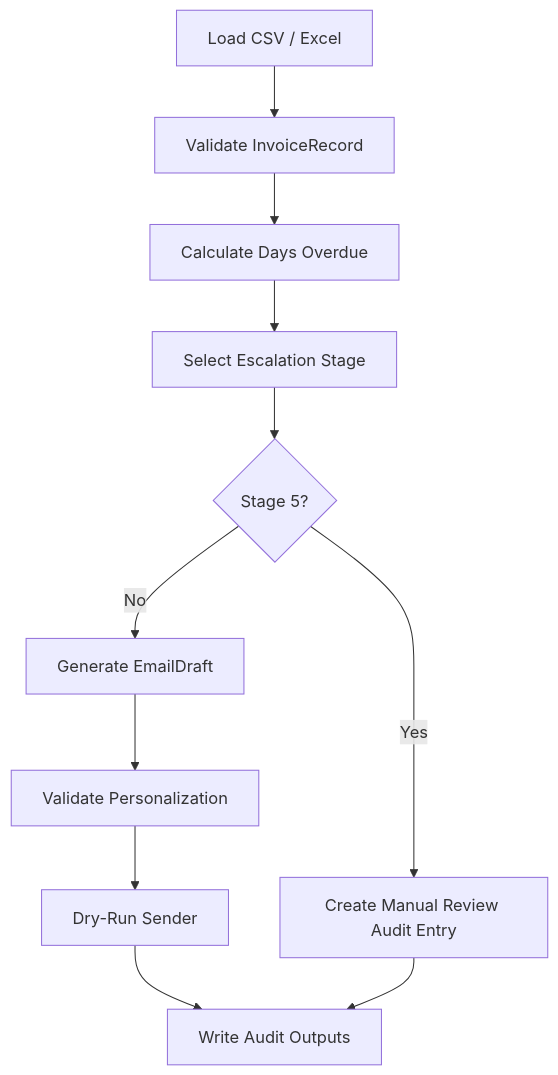
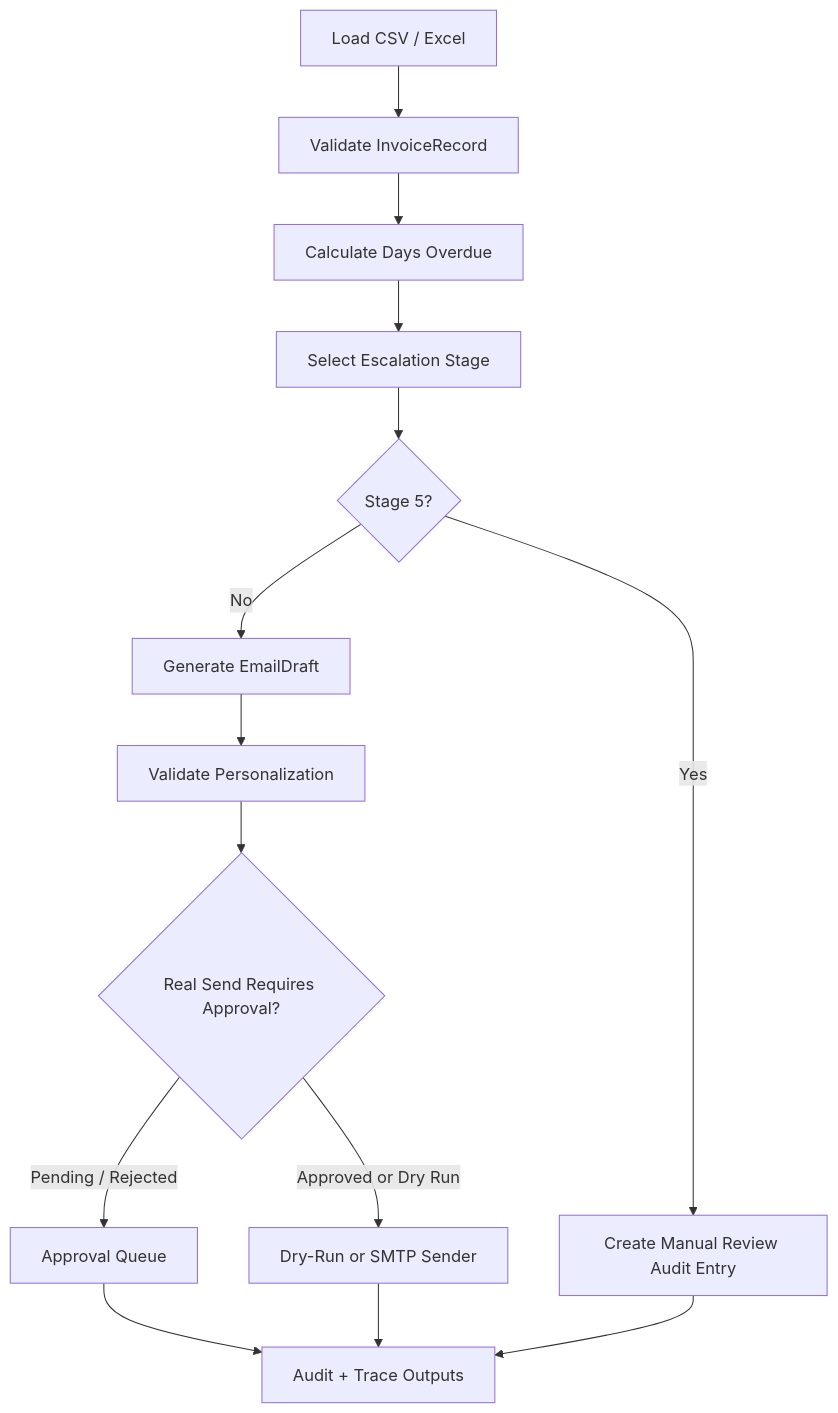
One commit to gargDhruv12/finance-agent changed the diagram in finance agent/docs/architecture.md. Above: the diagram before and after it, drawn with Mermaid. The commit also changed other lines of this file and 24 other files, not shown here.

````diff
--- a/finance agent/docs/architecture.md
+++ b/finance agent/docs/architecture.md
@@ -9,13 +9,16 @@
 ```mermaid
 flowchart TD
   A["Load CSV / Excel"] --> B["Validate InvoiceRecord"]
   B --> C["Calculate Days Overdue"]
   C --> D["Select Escalation Stage"]
   D --> E{"Stage 5?"}
   E -- "Yes" --> F["Create Manual Review Audit Entry"]
   E -- "No" --> G["Generate EmailDraft"]
   G --> H["Validate Personalization"]
-  H --> I["Dry-Run Sender"]
-  I --> J["Write Audit Outputs"]
-  F --> J
+  H --> I{"Real Send Requires Approval?"}
+  I -- "Pending / Rejected" --> J["Approval Queue"]
+  I -- "Approved or Dry Run" --> K["Dry-Run or SMTP Sender"]
+  J --> L["Audit + Trace Outputs"]
+  K --> L
+  F --> L
 ```
````
